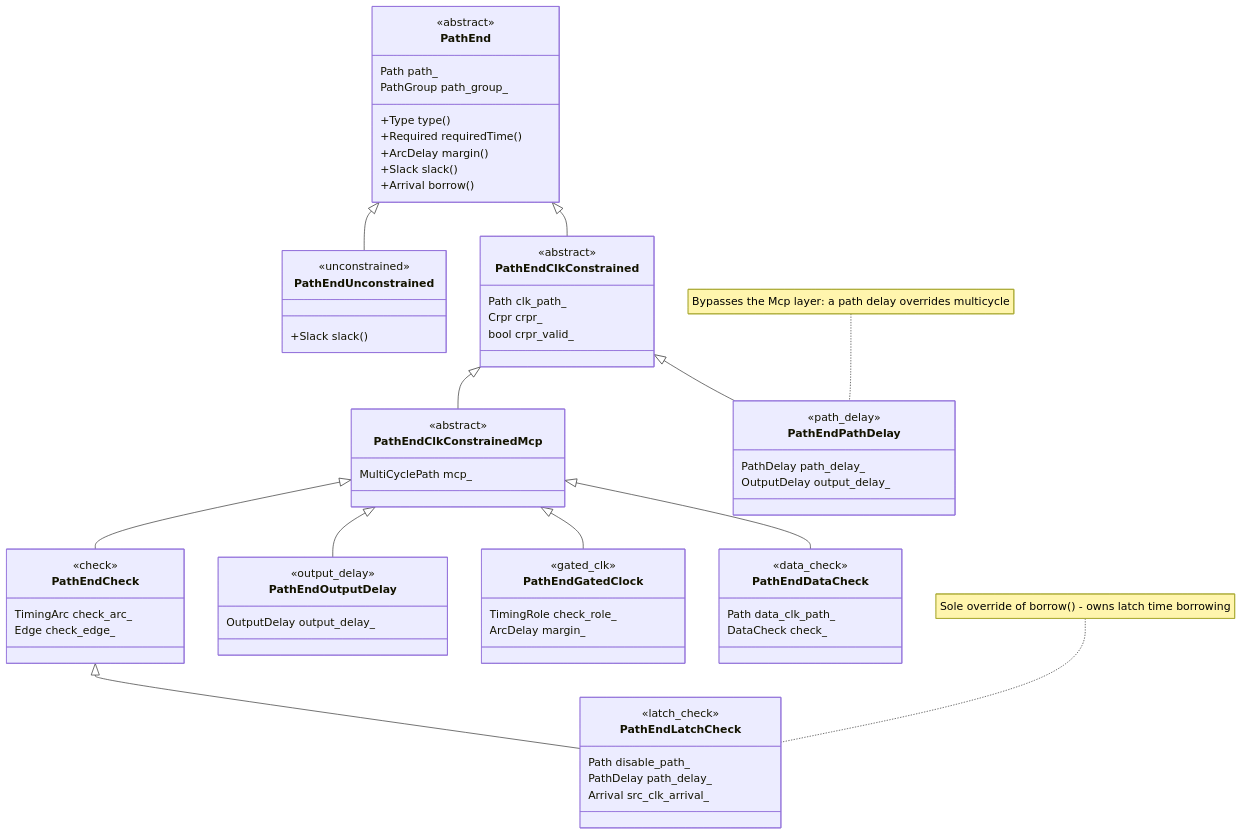
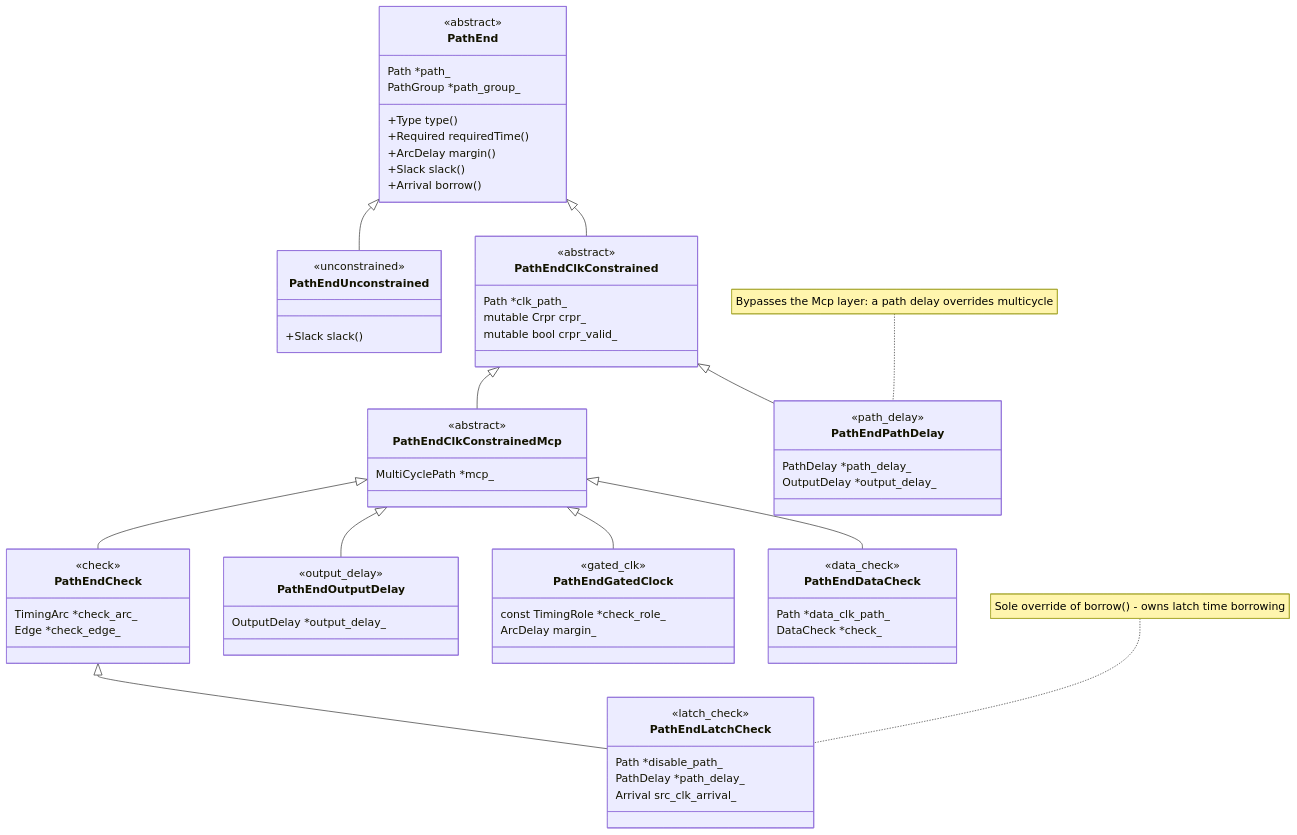
Before and after one commit to blitzy-research/OpenSTA: the second of 4 diagrams in search/PathEnd.md, drawn with Mermaid. The commit also changed other lines of this file, not shown here.

First line of the commit message:
Address code review findings in search/PathEnd.md

````diff
--- a/search/PathEnd.md
+++ b/search/PathEnd.md
@@ -256,68 +278,68 @@
 ```mermaid
 classDiagram
     class PathEnd {
         <<abstract>>
         +Type type()
         +Required requiredTime()
         +ArcDelay margin()
         +Slack slack()
         +Arrival borrow()
-        Path path_
-        PathGroup path_group_
+        Path *path_
+        PathGroup *path_group_
     }
     class PathEndUnconstrained {
         <<unconstrained>>
         +Slack slack()
     }
     class PathEndClkConstrained {
         <<abstract>>
-        Path clk_path_
-        Crpr crpr_
-        bool crpr_valid_
+        Path *clk_path_
+        mutable Crpr crpr_
+        mutable bool crpr_valid_
     }
     class PathEndClkConstrainedMcp {
         <<abstract>>
-        MultiCyclePath mcp_
+        MultiCyclePath *mcp_
     }
     class PathEndCheck {
         <<check>>
-        TimingArc check_arc_
-        Edge check_edge_
+        TimingArc *check_arc_
+        Edge *check_edge_
     }
     class PathEndLatchCheck {
         <<latch_check>>
-        Path disable_path_
-        PathDelay path_delay_
+        Path *disable_path_
+        PathDelay *path_delay_
         Arrival src_clk_arrival_
     }
     class PathEndOutputDelay {
         <<output_delay>>
-        OutputDelay output_delay_
+        OutputDelay *output_delay_
     }
     class PathEndGatedClock {
         <<gated_clk>>
-        TimingRole check_role_
+        const TimingRole *check_role_
         ArcDelay margin_
     }
     class PathEndDataCheck {
         <<data_check>>
-        Path data_clk_path_
-        DataCheck check_
+        Path *data_clk_path_
+        DataCheck *check_
     }
     class PathEndPathDelay {
         <<path_delay>>
-        PathDelay path_delay_
-        OutputDelay output_delay_
+        PathDelay *path_delay_
+        OutputDelay *output_delay_
     }
     PathEnd <|-- PathEndUnconstrained
     PathEnd <|-- PathEndClkConstrained
     PathEndClkConstrained <|-- PathEndPathDelay
     PathEndClkConstrained <|-- PathEndClkConstrainedMcp
     PathEndClkConstrainedMcp <|-- PathEndCheck
     PathEndCheck <|-- PathEndLatchCheck
     PathEndClkConstrainedMcp <|-- PathEndOutputDelay
     PathEndClkConstrainedMcp <|-- PathEndGatedClock
     PathEndClkConstrainedMcp <|-- PathEndDataCheck
     note for PathEndLatchCheck "Sole override of borrow() - owns latch time borrowing"
     note for PathEndPathDelay "Bypasses the Mcp layer: a path delay overrides multicycle"
 ```
````
